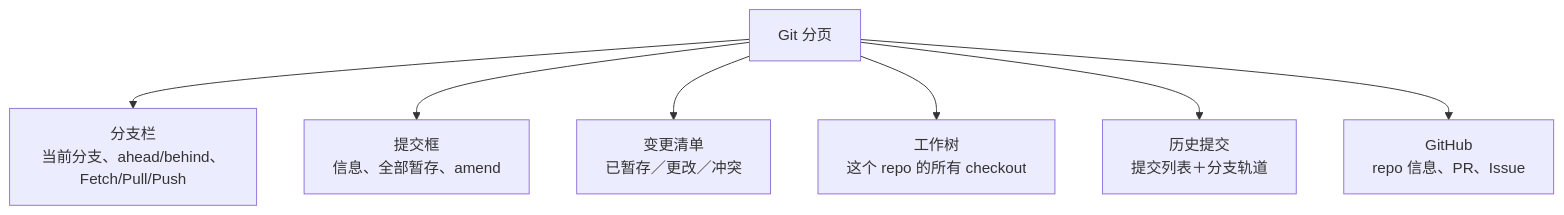
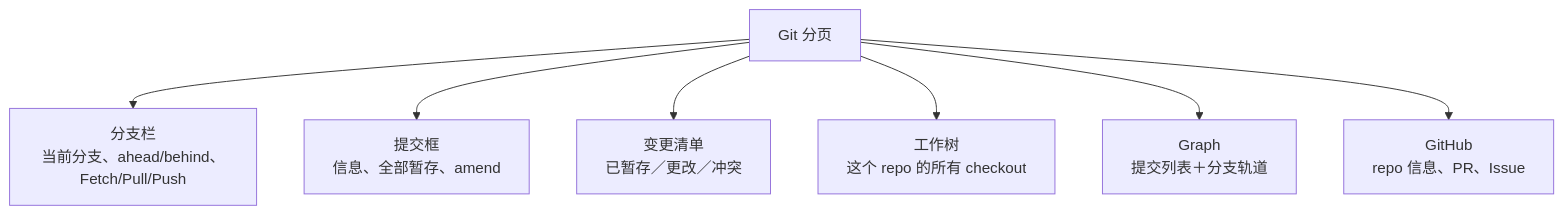
Before and after one commit to ET921/dsh-git-management: the second of 5 diagrams in README.zh-CN.md, drawn with Mermaid. The commit also changed other lines of this file and 12 other files, not shown here.

First line of the commit message:
feat/graph-collaboration : 顯示同事分支並修好按鈕字色

````diff
--- a/README.zh-CN.md
+++ b/README.zh-CN.md
@@ -53,9 +53,9 @@
 ```mermaid
 flowchart TB
   P["Git 分页"] --> A["分支栏<br/>当前分支、ahead/behind、Fetch/Pull/Push"]
   P --> B["提交框<br/>信息、全部暂存、amend"]
   P --> C["变更清单<br/>已暂存／更改／冲突"]
   P --> D["工作树<br/>这个 repo 的所有 checkout"]
-  P --> E["历史提交<br/>提交列表＋分支轨道"]
+  P --> E["Graph<br/>提交列表＋分支轨道"]
   P --> F["GitHub<br/>repo 信息、PR、Issue"]
 ```
````
